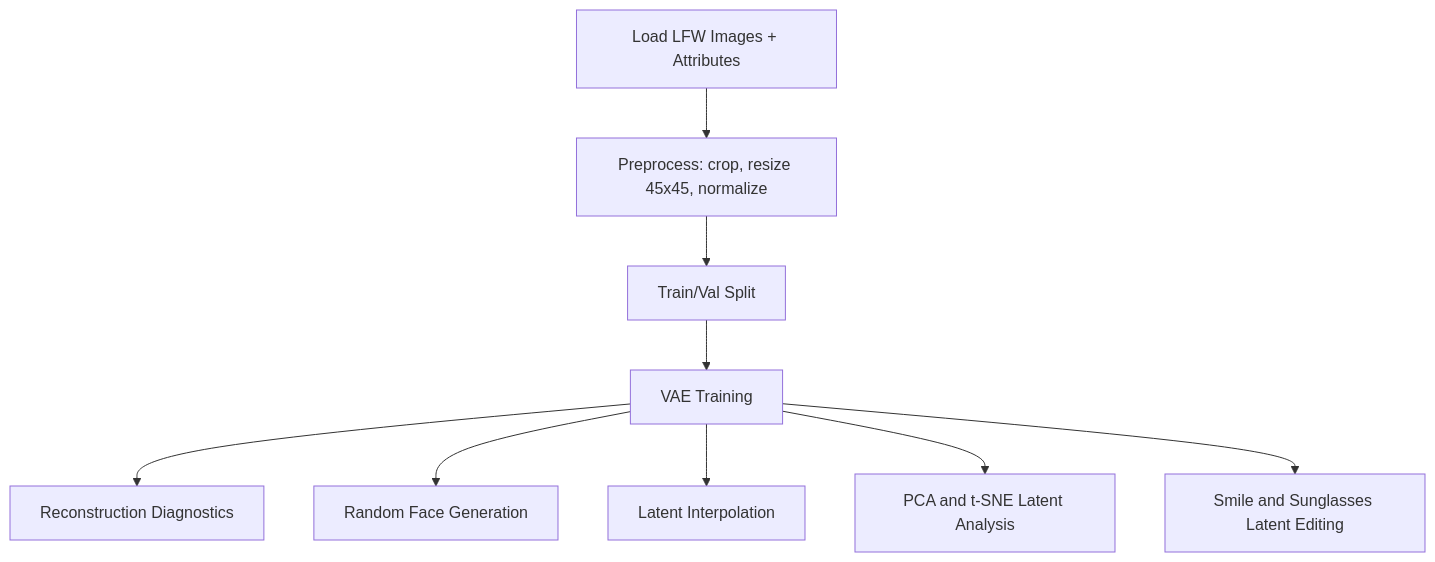
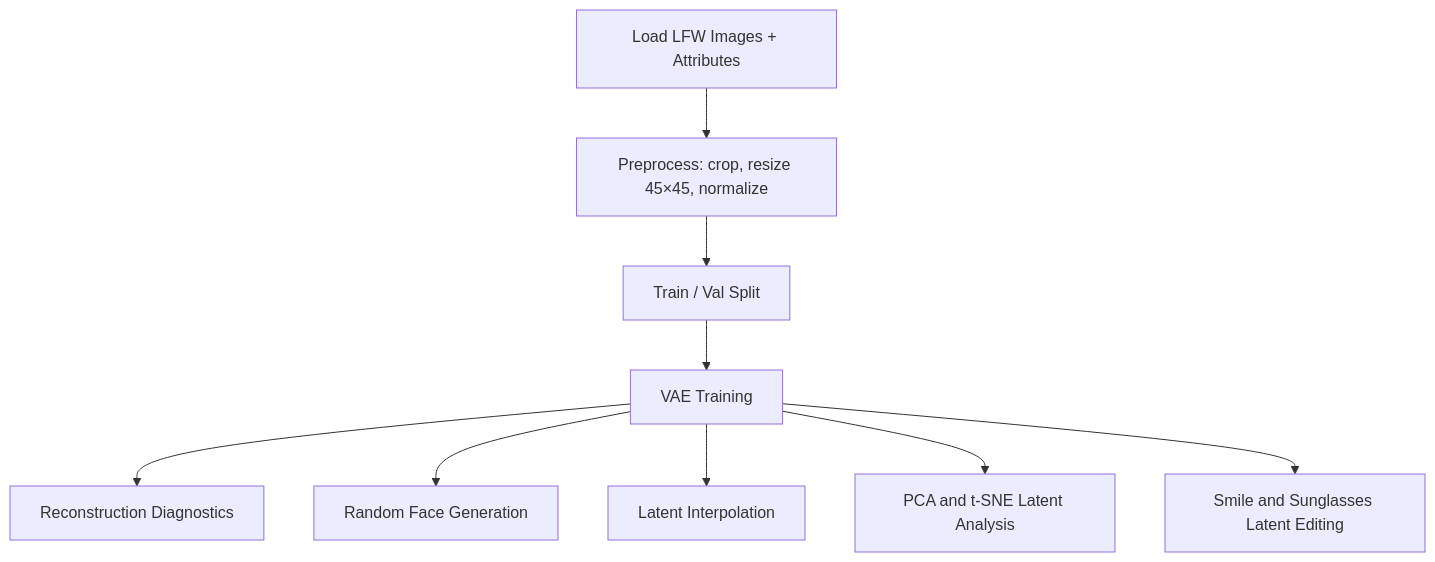
The second of 2 diagrams in README.md (Seventie/LFW), drawn with Mermaid before and after one commit. The commit also changed other lines of this file, not shown here.

````diff
--- a/README.md
+++ b/README.md
@@ -10,11 +161,11 @@
 ```mermaid
 flowchart TD
-  A["Load LFW Images + Attributes"] --> B["Preprocess: crop, resize 45x45, normalize"]
-  B --> C["Train/Val Split"]
+  A["Load LFW Images + Attributes"] --> B["Preprocess: crop, resize 45×45, normalize"]
+  B --> C["Train / Val Split"]
   C --> D["VAE Training"]
   D --> E["Reconstruction Diagnostics"]
   D --> F["Random Face Generation"]
   D --> G["Latent Interpolation"]
   D --> H["PCA and t-SNE Latent Analysis"]
   D --> I["Smile and Sunglasses Latent Editing"]
 ```
````
